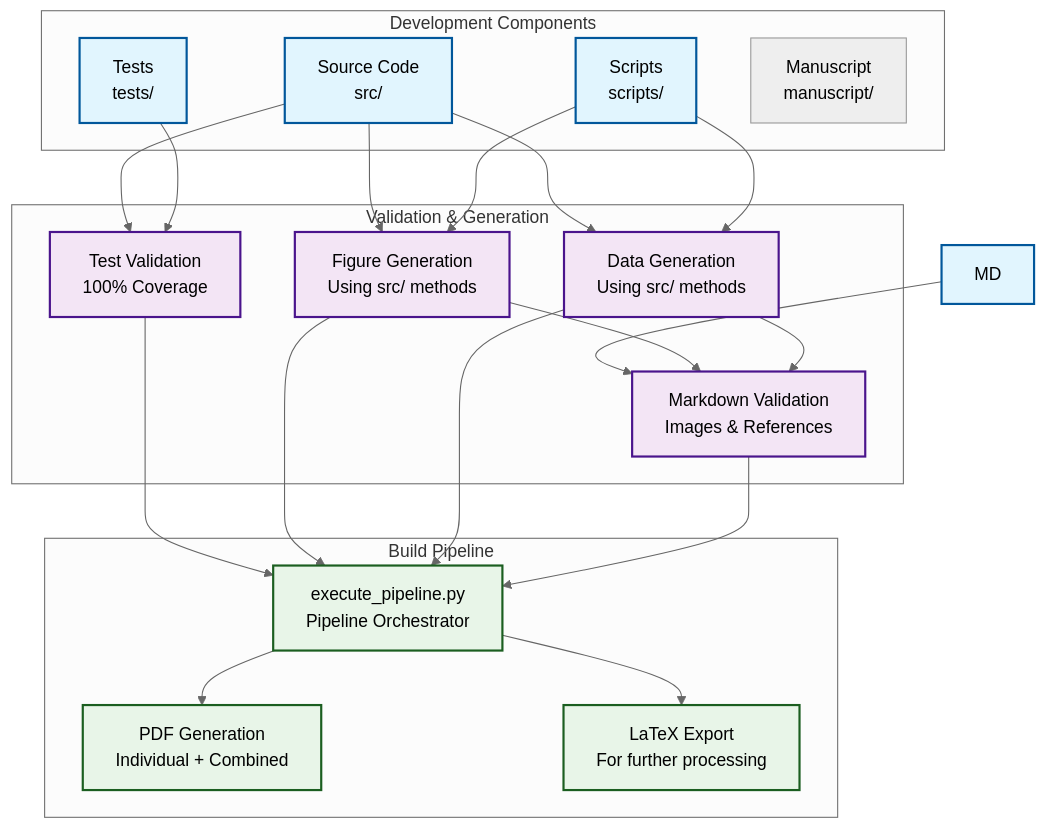
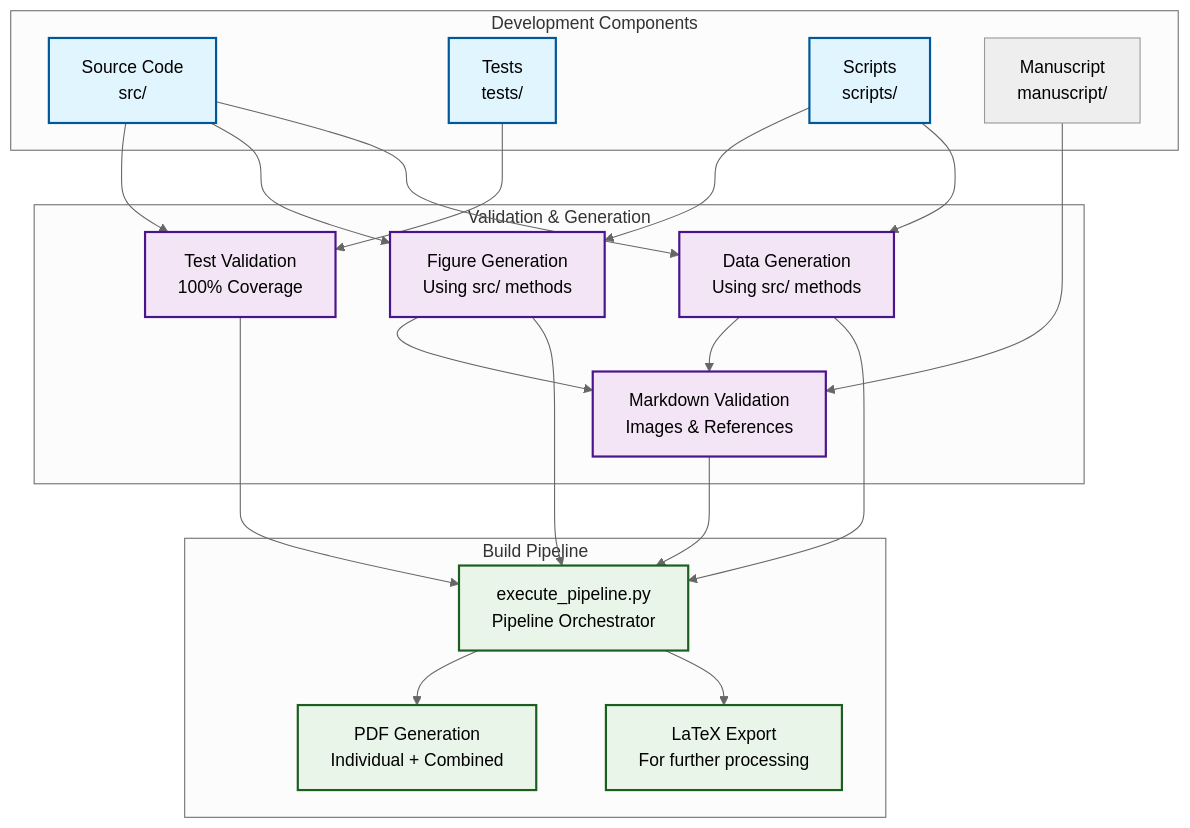
The first of 3 diagrams in docs/core/workflow.md (docxology/template), drawn with Mermaid (neutral theme) before and after one commit. The commit also changed other lines of this file and 101 other files, not shown here.

````diff
--- a/docs/core/workflow.md
+++ b/docs/core/workflow.md
@@ -27,48 +28,48 @@
 ```mermaid
 graph TB
     subgraph "Development Components"
         SRC[Source Code<br/>src/]
         TESTS[Tests<br/>tests/]
         SCRIPTS[Scripts<br/>scripts/]
         MANUSCRIPT[Manuscript<br/>manuscript/]
     end
 
     subgraph "Validation & Generation"
         VALIDATION[Test Validation<br/>100% Coverage]
         FIGURES[Figure Generation<br/>Using src/ methods]
         DATA[Data Generation<br/>Using src/ methods]
         MARKDOWN_VAL[Markdown Validation<br/>Images & References]
     end
 
     subgraph "Build Pipeline"
         RENDER[execute_pipeline.py<br/>Pipeline Orchestrator]
         PDFS[PDF Generation<br/>Individual + Combined]
         LATEX[LaTeX Export<br/>For further processing]
     end
 
     SRC --> VALIDATION
     TESTS --> VALIDATION
     SRC --> FIGURES
     SRC --> DATA
     SCRIPTS --> FIGURES
     SCRIPTS --> DATA
-    MD --> MARKDOWN_VAL
+    MANUSCRIPT --> MARKDOWN_VAL
     FIGURES --> MARKDOWN_VAL
     DATA --> MARKDOWN_VAL
 
     VALIDATION --> RENDER
     FIGURES --> RENDER
     DATA --> RENDER
     MARKDOWN_VAL --> RENDER
 
     RENDER --> PDFS
     RENDER --> LATEX
 
     classDef component fill:#e1f5fe,stroke:#01579b,stroke-width:2px
     classDef validation fill:#f3e5f5,stroke:#4a148c,stroke-width:2px
     classDef pipeline fill:#e8f5e8,stroke:#1b5e20,stroke-width:2px
 
     class SRC,TESTS,SCRIPTS,MD component
     class VALIDATION,FIGURES,DATA,MARKDOWN_VAL validation
     class RENDER,PDFS,LATEX pipeline
 ```
````
